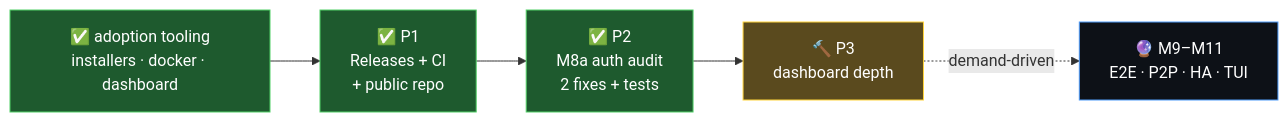
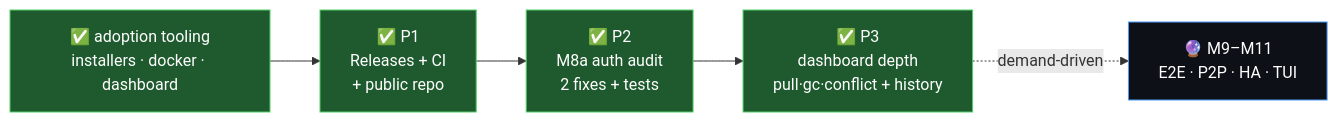
Before and after one commit to shoemoney/devbox: the diagram in plan.md, drawn with Mermaid. The commit also changed other lines of this file and 2 other files, not shown here.

First line of the commit message:
docs: P3 dashboard depth shipped — plan/README/CLI synced 📊✅

````diff
--- a/plan.md
+++ b/plan.md
@@ -28,12 +28,12 @@
 ```mermaid
 flowchart LR
     NOW["✅ adoption tooling<br/>installers · docker · dashboard"] --> P1["✅ P1<br/>Releases + CI<br/>+ public repo"]
     P1 --> P2["✅ P2<br/>M8a auth audit<br/>2 fixes + tests"]
-    P2 --> P3["🔨 P3<br/>dashboard depth"]
+    P2 --> P3["✅ P3<br/>dashboard depth<br/>pull·gc·conflict + history"]
     P3 -.demand-driven.-> LATER["🔮 M9–M11<br/>E2E · P2P · HA · TUI"]
     style NOW fill:#1e5a2e,stroke:#51cf66,color:#fff
     style P1 fill:#1e5a2e,stroke:#51cf66,color:#fff
     style P2 fill:#1e5a2e,stroke:#51cf66,color:#fff
-    style P3 fill:#5a4a1e,stroke:#ffd43b,color:#fff
+    style P3 fill:#1e5a2e,stroke:#51cf66,color:#fff
     style LATER fill:#0d1117,stroke:#4F9CF9,color:#fff
 ```
````
